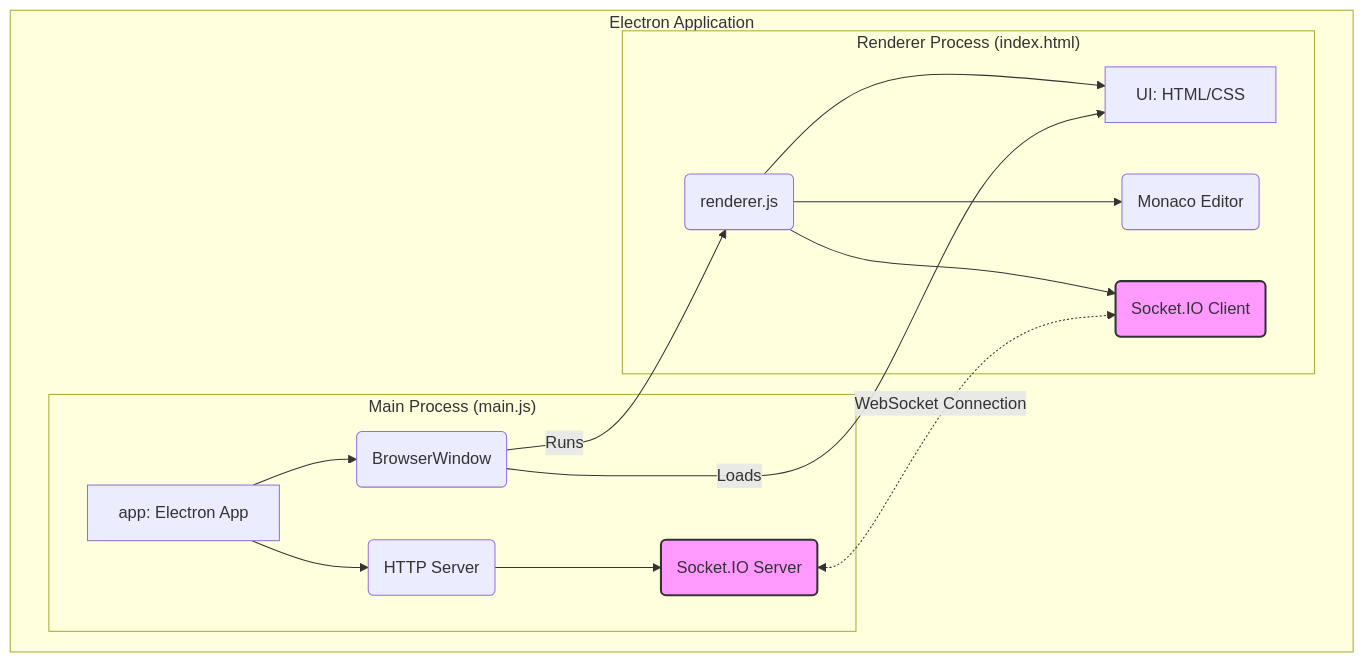
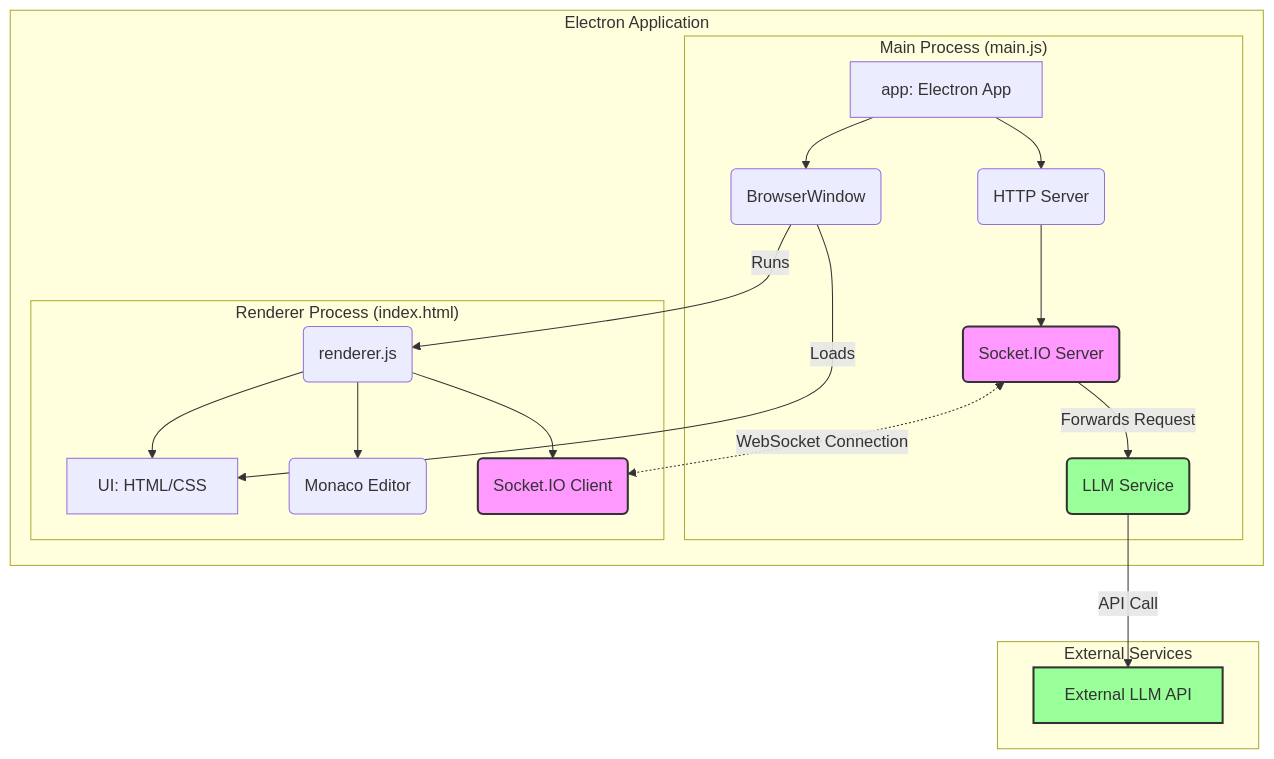
The first of 5 diagrams in DOCUMENTATION.md (distractdiverge/text-ai-collab-tool), drawn with Mermaid before and after one commit. The commit also changed other lines of this file, not shown here.

Commit message:
docs: Add LLM and tool execution diagrams

````diff
--- a/DOCUMENTATION.md
+++ b/DOCUMENTATION.md
@@ -31,28 +31,38 @@
 ```mermaid
 graph TD
     subgraph "Electron Application"
         subgraph "Main Process (main.js)"
             A[app: Electron App] --> B(BrowserWindow)
             C(HTTP Server) --> D(Socket.IO Server)
+            I(LLM Service)
+            D -- Forwards Request --> I
             A --> C
         end
 
         subgraph "Renderer Process (index.html)"
             E[UI: HTML/CSS]
             F(Monaco Editor)
             G(Socket.IO Client)
             H(renderer.js)
 
             H --> F
             H --> G
             H --> E
         end
 
         B -- Loads --> E
         D <-.->|WebSocket Connection| G
         B -- Runs --> H
     end
 
+    subgraph "External Services"
+        J[External LLM API]
+    end
+
+    I -- API Call --> J
+
     style D fill:#f9f,stroke:#333,stroke-width:2px
     style G fill:#f9f,stroke:#333,stroke-width:2px
+    style I fill:#9f9,stroke:#333,stroke-width:2px
+    style J fill:#9f9,stroke:#333,stroke-width:2px
 ```
````
